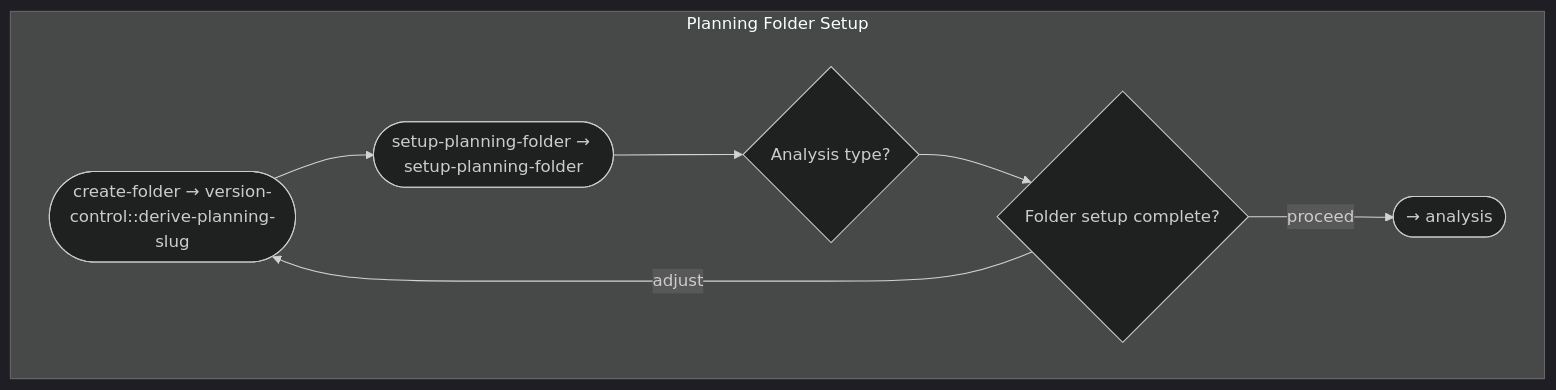
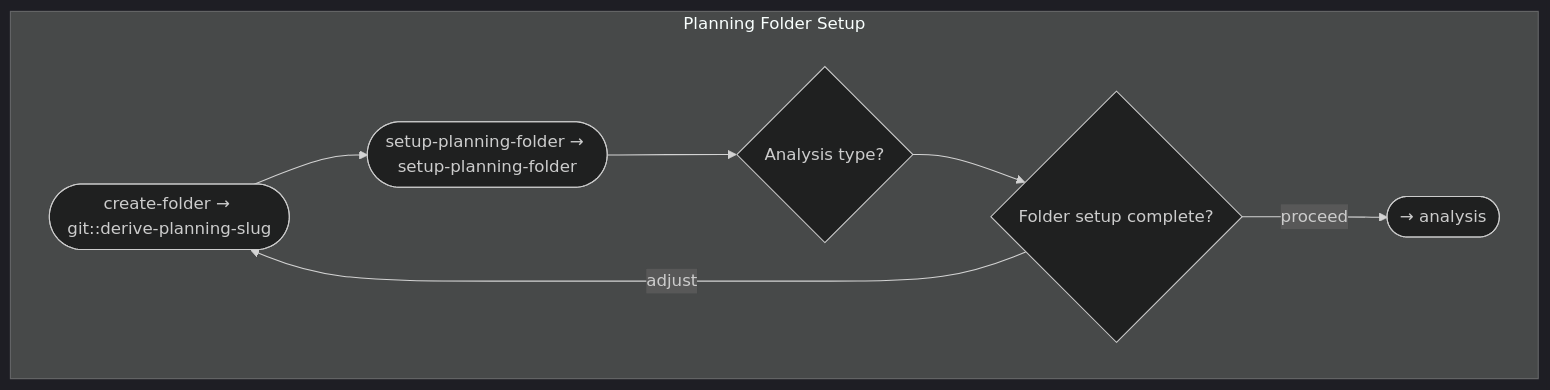
One commit to m2ux/workflow-server changed the third of 8 diagrams in corpus/work-packages/README.md. Above: the diagram before and after it, drawn with Mermaid (dark theme). The commit also changed other lines of this file and 55 other files, not shown here.

````diff
--- a/corpus/work-packages/README.md
+++ b/corpus/work-packages/README.md
@@ -71,13 +71,13 @@
 ```mermaid
 graph TD
     subgraph folder-setup[Planning Folder Setup]
-        f1([create-folder → version-control::derive-planning-slug])
+        f1([create-folder → git::derive-planning-slug])
         f2([setup-planning-folder → setup-planning-folder])
         cpType{Analysis type?}
         cp1{Folder setup complete?}
 
         f1 --> f2 --> cpType --> cp1
         cp1 -->|proceed| Next([→ analysis])
         cp1 -->|adjust| f1
     end
 ```
````
